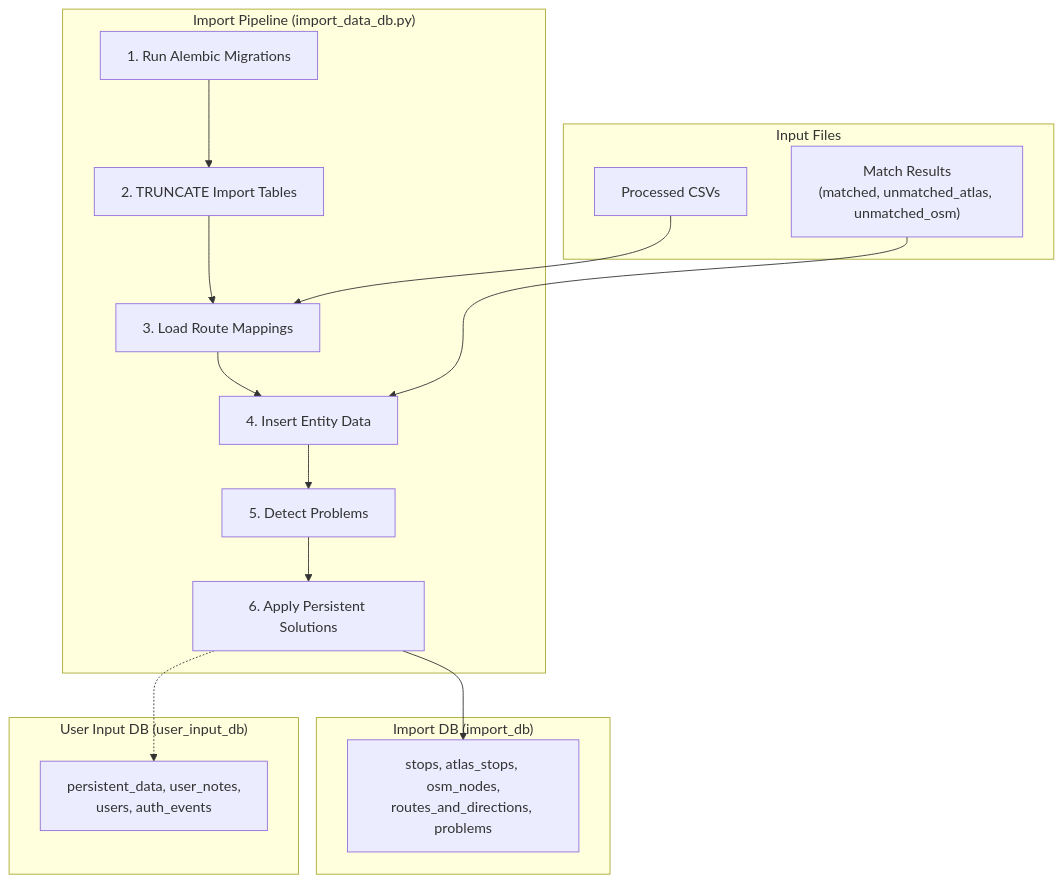
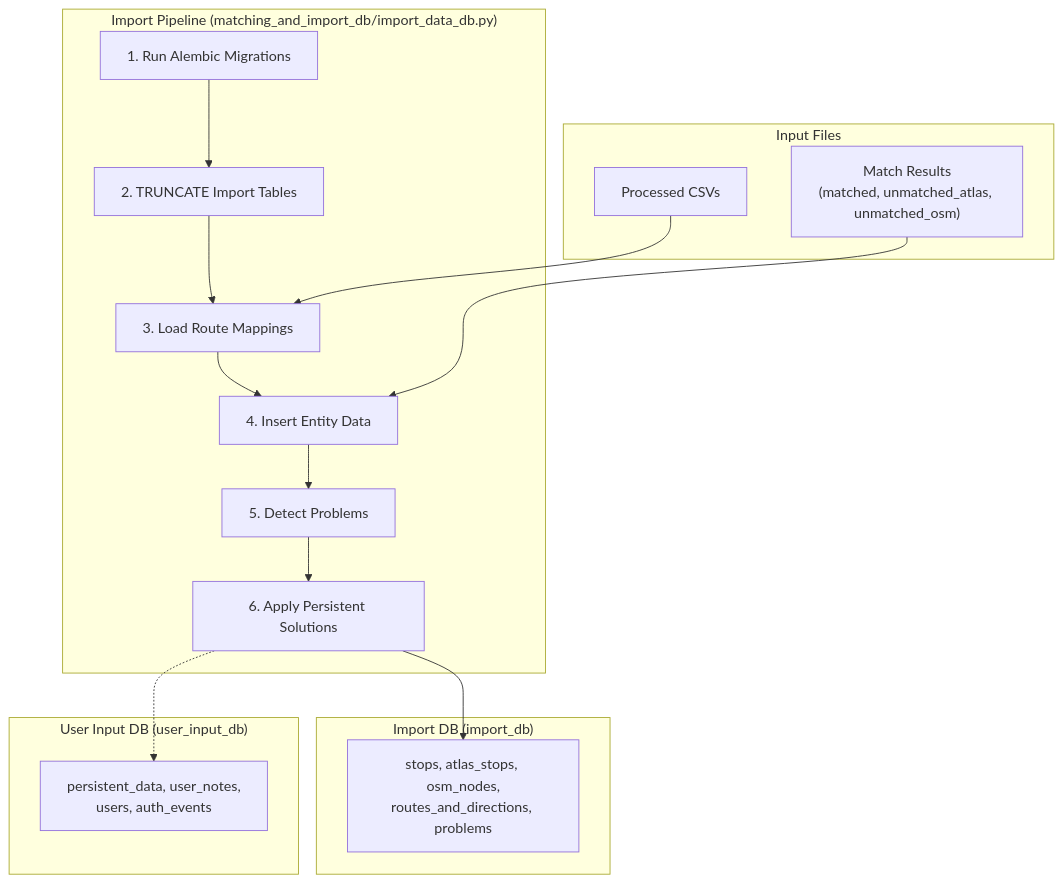
One commit to openTdataCH/stop_sync_osm_atlas changed the diagram in documentation/4.3 Import Process.md. Above: the diagram before and after it, drawn with Mermaid. The commit also changed other lines of this file and 61 other files, not shown here.

````diff
--- a/documentation/4.3 Import Process.md
+++ b/documentation/4.3 Import Process.md
@@ -7,30 +7,30 @@
 ```mermaid
 flowchart TB
     subgraph Input["Input Files"]
         CSV["Processed CSVs"]
         Match["Match Results<br/>(matched, unmatched_atlas, unmatched_osm)"]
     end
     
-    subgraph Import["Import Pipeline (import_data_db.py)"]
+    subgraph Import["Import Pipeline (matching_and_import_db/import_data_db.py)"]
         M["1. Run Alembic Migrations"]
         C["2. TRUNCATE Import Tables"]
         R["3. Load Route Mappings"]
         I["4. Insert Entity Data"]
         P["5. Detect Problems"]
         A["6. Apply Persistent Solutions"]
         M --> C --> R --> I --> P --> A
     end
     
     subgraph ImportDB["Import DB (import_db)"]
         Op["stops, atlas_stops, osm_nodes,<br/>routes_and_directions, problems"]
     end
     
     subgraph UserDB["User Input DB (user_input_db)"]
         Per["persistent_data, user_notes,<br/>users, auth_events"]
     end
     
     CSV --> R
     Match --> I
     A --> Op
     A -.-> Per
 ```
````
